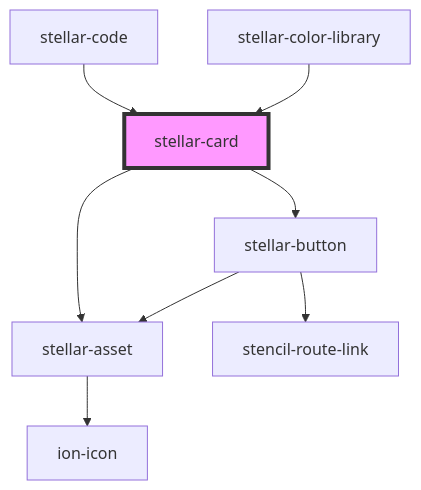
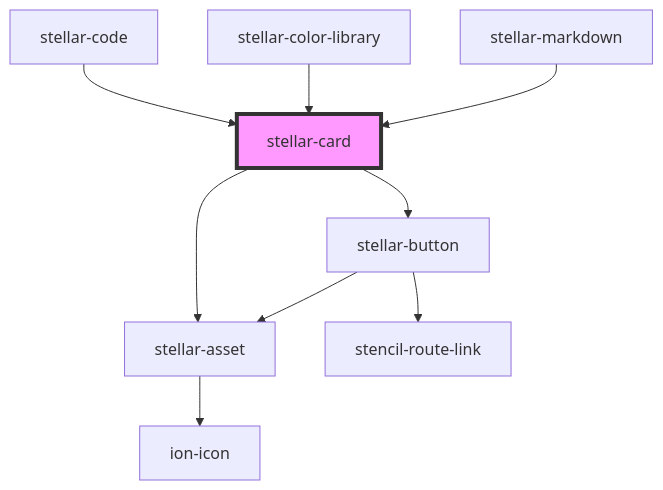
Before and after one commit to splitinfinities/Stellar: the diagram in src/components/ui/card/readme.md, drawn with Mermaid. The commit also changed other lines of this file and 7 other files, not shown here.

````diff
--- a/src/components/ui/card/readme.md
+++ b/src/components/ui/card/readme.md
@@ -112,11 +113,12 @@
 ```mermaid
 graph TD;
   stellar-card --> stellar-button
   stellar-card --> stellar-asset
   stellar-button --> stellar-asset
   stellar-button --> stencil-route-link
   stellar-asset --> ion-icon
   stellar-code --> stellar-card
   stellar-color-library --> stellar-card
+  stellar-markdown --> stellar-card
   style stellar-card fill:#f9f,stroke:#333,stroke-width:4px
 ```
````
